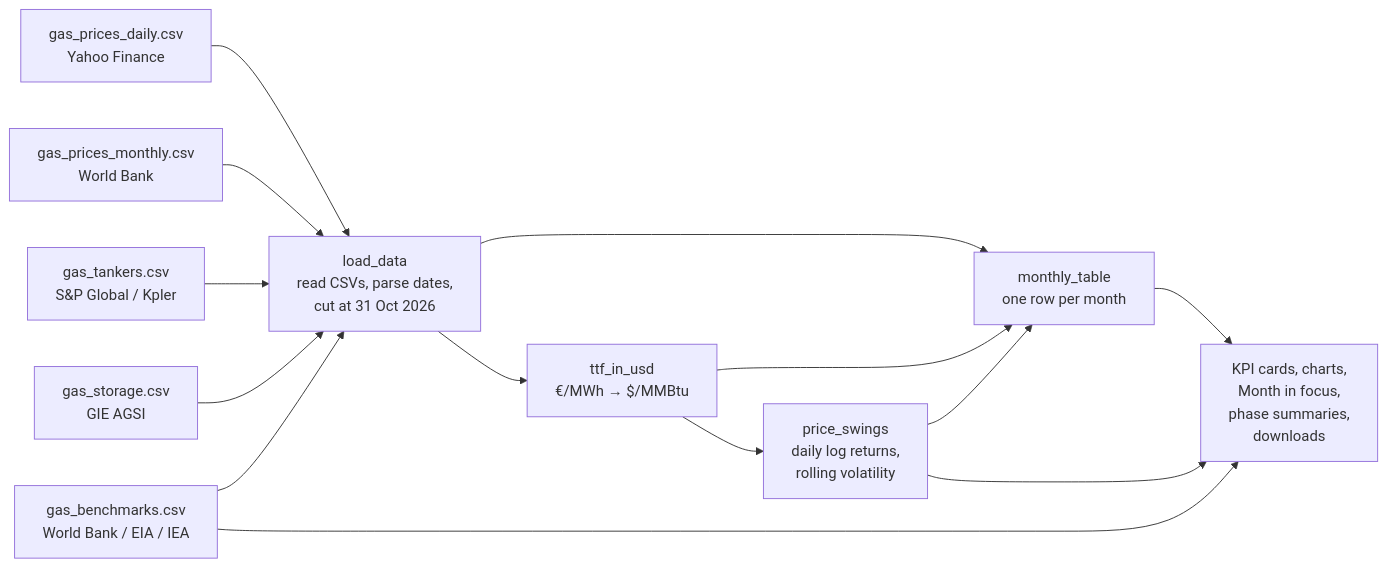
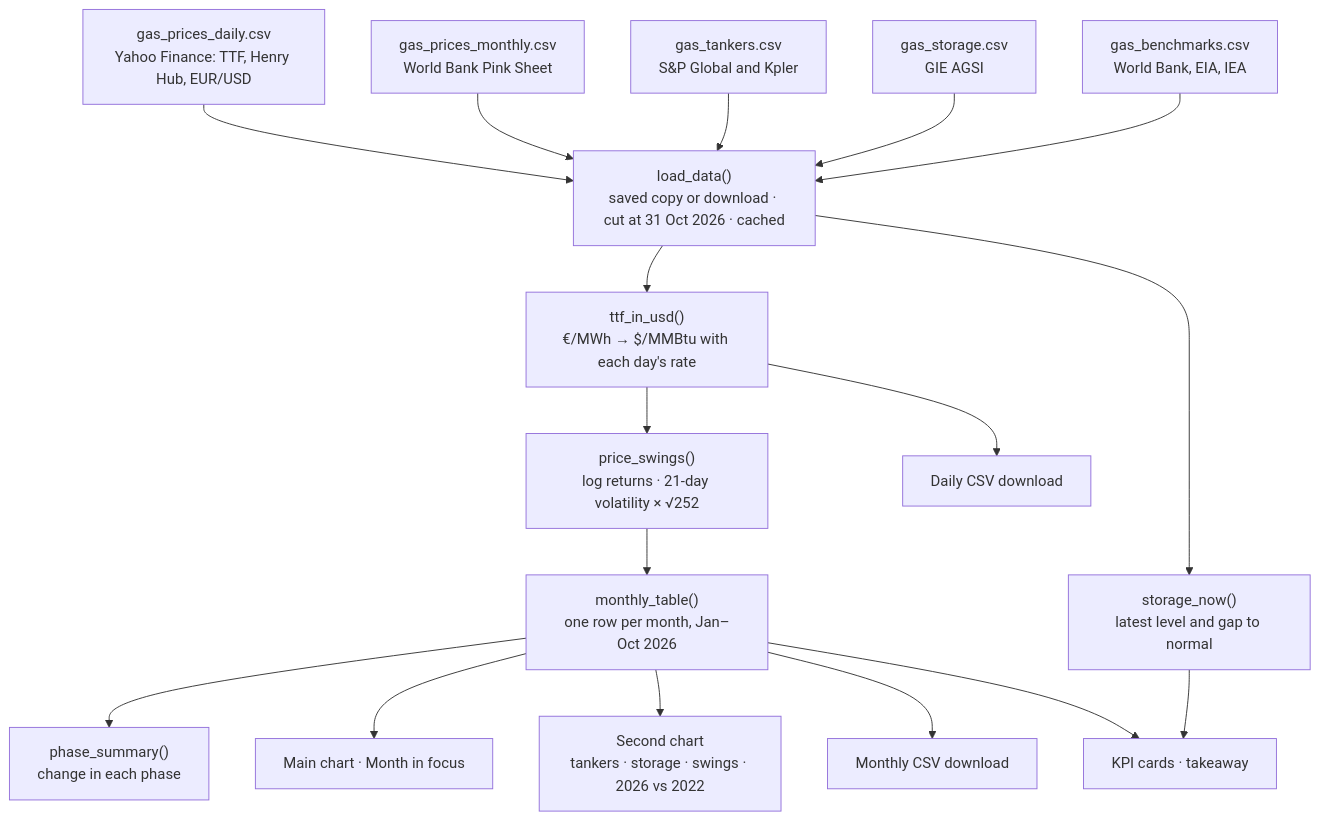
The diagram in docs/gas_lng_data_and_analysis.md (aannapiazza/Hormuz-shock-dashboard), drawn with Mermaid before and after one commit. The commit also changed other lines of this file, not shown here.

Commit message:
Update Gas & LNG documentation with combined layout and new diagram

````diff
--- a/docs/gas_lng_data_and_analysis.md
+++ b/docs/gas_lng_data_and_analysis.md
@@ -37,16 +47,20 @@
 ```mermaid
-flowchart LR
-    A[gas_prices_daily.csv<br/>Yahoo Finance] --> C[load_data<br/>read CSVs, parse dates,<br/>cut at 31 Oct 2026]
-    B[gas_prices_monthly.csv<br/>World Bank] --> C
-    T[gas_tankers.csv<br/>S&P Global / Kpler] --> C
-    S[gas_storage.csv<br/>GIE AGSI] --> C
-    K[gas_benchmarks.csv<br/>World Bank / EIA / IEA] --> C
-    C --> D[ttf_in_usd<br/>€/MWh → $/MMBtu]
-    D --> E[price_swings<br/>daily log returns,<br/>rolling volatility]
-    C --> F[monthly_table<br/>one row per month]
-    D --> F
-    E --> F
-    F --> G[KPI cards, charts,<br/>Month in focus,<br/>phase summaries,<br/>downloads]
-    E --> G
-    K --> G
+flowchart TD
+    A["gas_prices_daily.csv<br/>Yahoo Finance: TTF, Henry Hub, EUR/USD"]
+    B["gas_prices_monthly.csv<br/>World Bank Pink Sheet"]
+    C["gas_tankers.csv<br/>S&P Global and Kpler"]
+    D["gas_storage.csv<br/>GIE AGSI"]
+    E["gas_benchmarks.csv<br/>World Bank, EIA, IEA"]
+    A & B & C & D & E --> L["load_data()<br/>saved copy or download · cut at 31 Oct 2026 · cached"]
+    L --> U["ttf_in_usd()<br/>€/MWh → $/MMBtu with each day's rate"]
+    U --> S["price_swings()<br/>log returns · 21-day volatility × √252"]
+    U --> I["Daily CSV download"]
+    S --> M["monthly_table()<br/>one row per month, Jan–Oct 2026"]
+    L --> N["storage_now()<br/>latest level and gap to normal"]
+    M --> P["phase_summary()<br/>change in each phase"]
+    M --> F["Main chart · Month in focus"]
+    M --> G["Second chart<br/>tankers · storage · swings · 2026 vs 2022"]
+    M --> H["Monthly CSV download"]
+    M --> K["KPI cards · takeaway"]
+    N --> K
 ```
````
